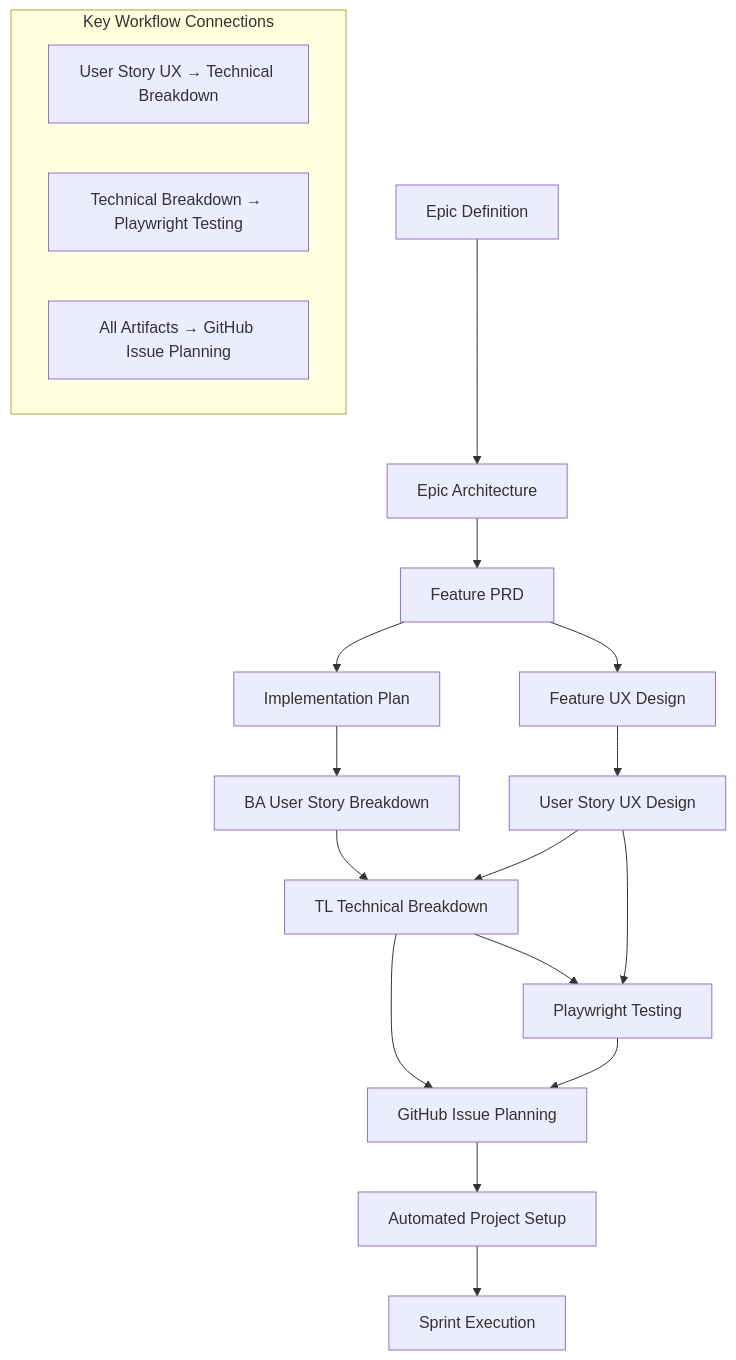
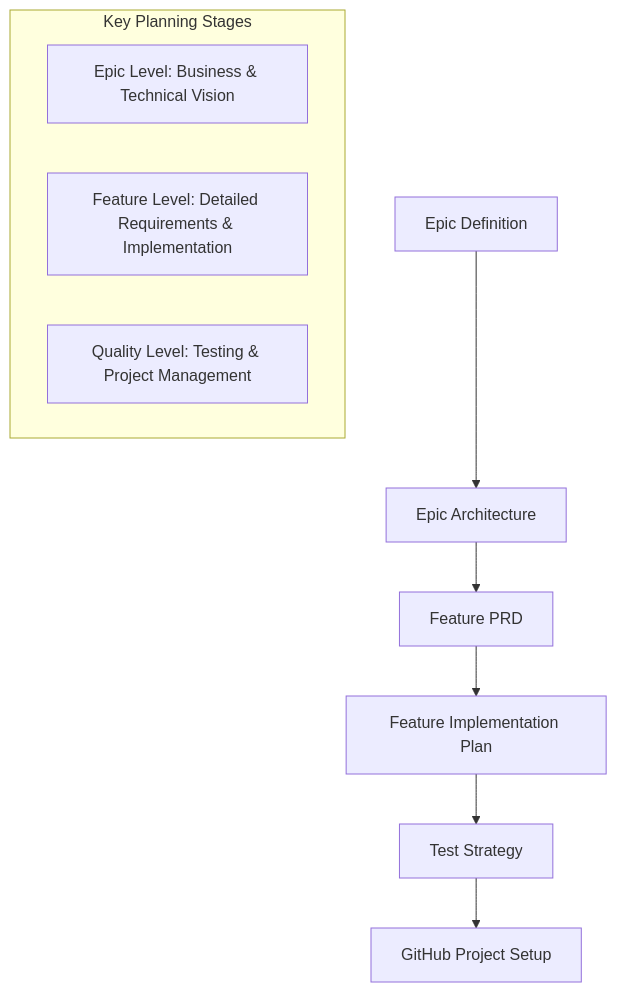
The second of 2 diagrams in collections/plan/prompts/README.md (github/awesome-copilot), drawn with Mermaid before and after one commit. The commit also changed other lines of this file and 7 other files, not shown here.

````diff
--- a/collections/plan/prompts/README.md
+++ b/collections/plan/prompts/README.md
@@ -162,27 +114,14 @@
 ```mermaid
 graph TD
     A[Epic Definition] --> B[Epic Architecture]
     B --> C[Feature PRD]
-    C --> D[Feature UX Design]
-    C --> E[Implementation Plan]
-
-    D --> F[User Story UX Design]
-    E --> G[BA User Story Breakdown]
-    G --> H[TL Technical Breakdown]
-
-    F --> H
-    H --> I[Playwright Testing]
-    F --> I
-
-    H --> J[GitHub Issue Planning]
-    I --> J
-
-    J --> K[Automated Project Setup]
-    K --> L[Sprint Execution]
-
-    subgraph "Key Workflow Connections"
-        M["User Story UX → Technical Breakdown"]
-        N["Technical Breakdown → Playwright Testing"]
-        O["All Artifacts → GitHub Issue Planning"]
+    C --> D[Feature Implementation Plan]
+    D --> E[Test Strategy]
+    E --> F[GitHub Project Setup]
+    
+    subgraph "Key Planning Stages"
+        G["Epic Level: Business & Technical Vision"]
+        H["Feature Level: Detailed Requirements & Implementation"]
+        I["Quality Level: Testing & Project Management"]
     end
 ```
````
